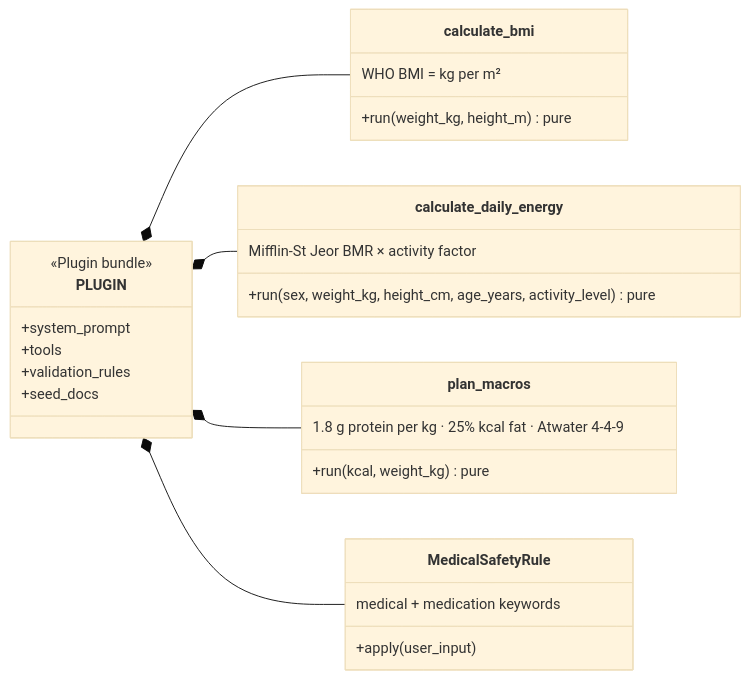
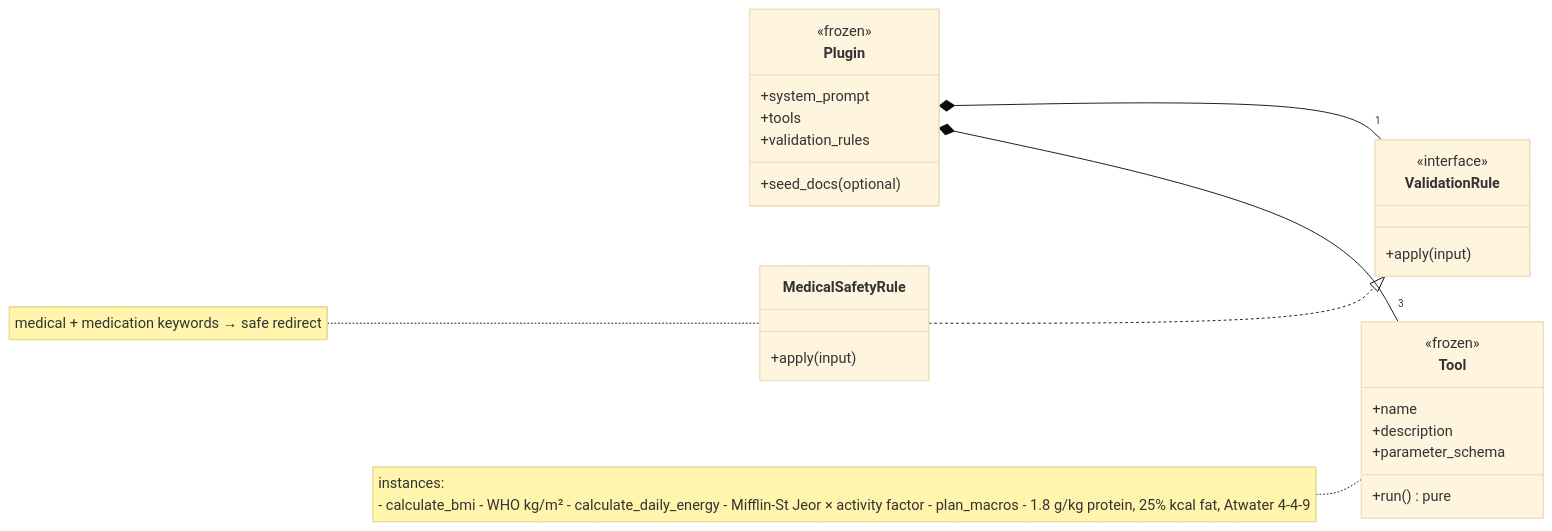
Before and after one commit to aschog/cora: the diagram in docs/plans/fitness-coach-plugin.md, drawn with Mermaid (base theme).

Commit message:
docs: make fitness plugin diagram UML-conformant, aligned with item 4

````diff
--- a/docs/plans/fitness-coach-plugin.md
+++ b/docs/plans/fitness-coach-plugin.md
@@ -23,23 +23,36 @@
 ```mermaid
 classDiagram
   direction LR
-  class PLUGIN {
-    <<Plugin bundle>>
+  class Plugin {
+    <<frozen>>
     +system_prompt
     +tools
     +validation_rules
-    +seed_docs
+    +seed_docs (optional)
   }
-  PLUGIN *-- calculate_bmi
-  PLUGIN *-- calculate_daily_energy
-  PLUGIN *-- plan_macros
-  PLUGIN *-- MedicalSafetyRule
-  calculate_bmi : WHO BMI = kg per m²
-  calculate_bmi : +run(weight_kg, height_m) pure
-  calculate_daily_energy : Mifflin-St Jeor BMR × activity factor
-  calculate_daily_energy : +run(sex, weight_kg, height_cm, age_years, activity_level) pure
-  plan_macros : 1.8 g protein per kg · 25% kcal fat · Atwater 4-4-9
-  plan_macros : +run(kcal, weight_kg) pure
-  MedicalSafetyRule : medical + medication keywords
-  MedicalSafetyRule : +apply(user_input)
+  class Tool {
+    <<frozen>>
+    +name
+    +description
+    +parameter_schema
+    +run() pure
+  }
+  class ValidationRule {
+    <<interface>>
+    +apply(input)
+  }
+  class MedicalSafetyRule {
+    +apply(input)
+  }
+  Plugin *-- "3" Tool
+  Plugin *-- "1" ValidationRule
+  MedicalSafetyRule ..|> ValidationRule
+  note for Tool "instances: 
+  - calculate_bmi 
+    - WHO kg/m² 
+  - calculate_daily_energy 
+    - Mifflin-St Jeor × activity factor 
+  - plan_macros 
+    - 1.8 g/kg protein, 25% kcal fat, Atwater 4-4-9"
+  note for MedicalSafetyRule "medical + medication keywords → safe redirect"
 ```
````
